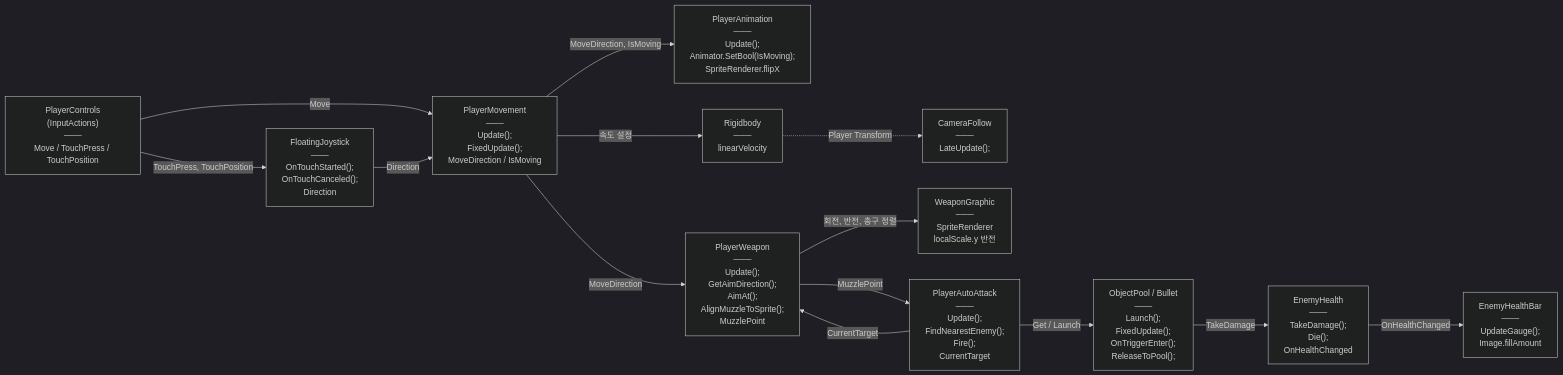
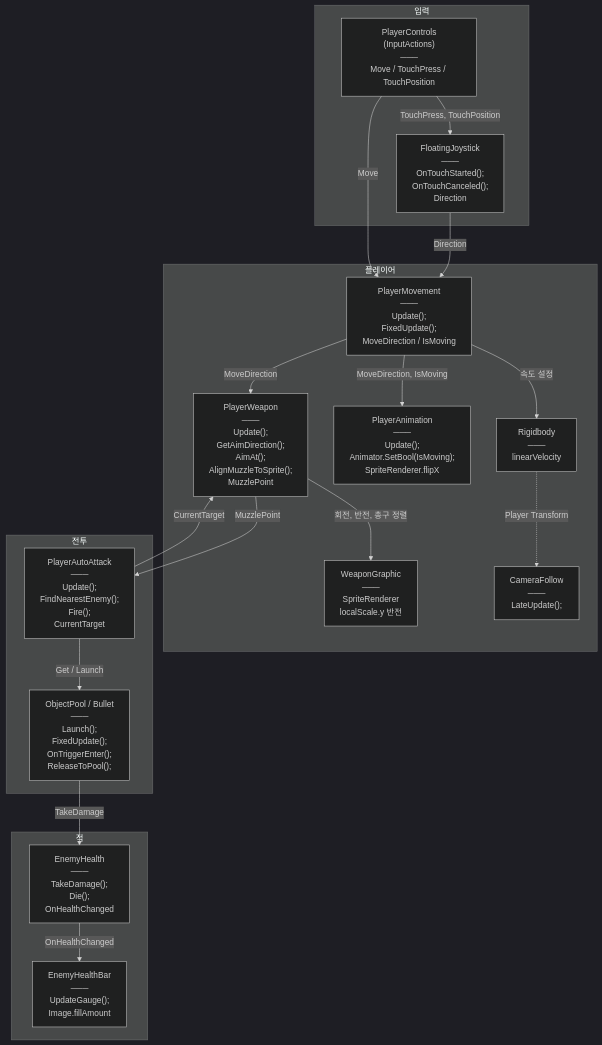
Before and after one commit to jayy5288sk/AICodeProject: the diagram in Docs/ImplementDocs/Diagram.md, drawn with Mermaid (dark theme).

Commit message:
[Chore] 다이어그램 세로화

````diff
--- a/Docs/ImplementDocs/Diagram.md
+++ b/Docs/ImplementDocs/Diagram.md
@@ -4,29 +4,40 @@
 ```mermaid
-flowchart LR
-    Input["PlayerControls<br/>(InputActions)<br/>───<br/>Move / TouchPress / TouchPosition"]
-    Joystick["FloatingJoystick<br/>───<br/>OnTouchStarted();<br/>OnTouchCanceled();<br/>Direction"]
-    Movement["PlayerMovement<br/>───<br/>Update();<br/>FixedUpdate();<br/>MoveDirection / IsMoving"]
-    Animation["PlayerAnimation<br/>───<br/>Update();<br/>Animator.SetBool(IsMoving);<br/>SpriteRenderer.flipX"]
-    Body["Rigidbody<br/>───<br/>linearVelocity"]
-    Camera["CameraFollow<br/>───<br/>LateUpdate();"]
-    Weapon["PlayerWeapon<br/>───<br/>Update();<br/>GetAimDirection();<br/>AimAt();<br/>AlignMuzzleToSprite();<br/>MuzzlePoint"]
-    WeaponGraphic["WeaponGraphic<br/>───<br/>SpriteRenderer<br/>localScale.y 반전"]
-    AutoAttack["PlayerAutoAttack<br/>───<br/>Update();<br/>FindNearestEnemy();<br/>Fire();<br/>CurrentTarget"]
-    Bullet["ObjectPool / Bullet<br/>───<br/>Launch();<br/>FixedUpdate();<br/>OnTriggerEnter();<br/>ReleaseToPool();"]
-    EnemyHealth["EnemyHealth<br/>───<br/>TakeDamage();<br/>Die();<br/>OnHealthChanged"]
-    EnemyHealthBar["EnemyHealthBar<br/>───<br/>UpdateGauge();<br/>Image.fillAmount"]
+flowchart TD
+    subgraph InputGroup["입력"]
+        Input["PlayerControls<br/>(InputActions)<br/>───<br/>Move / TouchPress / TouchPosition"]
+        Joystick["FloatingJoystick<br/>───<br/>OnTouchStarted();<br/>OnTouchCanceled();<br/>Direction"]
+    end
+
+    subgraph PlayerGroup["플레이어"]
+        Movement["PlayerMovement<br/>───<br/>Update();<br/>FixedUpdate();<br/>MoveDirection / IsMoving"]
+        Body["Rigidbody<br/>───<br/>linearVelocity"]
+        Animation["PlayerAnimation<br/>───<br/>Update();<br/>Animator.SetBool(IsMoving);<br/>SpriteRenderer.flipX"]
+        Camera["CameraFollow<br/>───<br/>LateUpdate();"]
+        Weapon["PlayerWeapon<br/>───<br/>Update();<br/>GetAimDirection();<br/>AimAt();<br/>AlignMuzzleToSprite();<br/>MuzzlePoint"]
+        WeaponGraphic["WeaponGraphic<br/>───<br/>SpriteRenderer<br/>localScale.y 반전"]
+    end
+
+    subgraph CombatGroup["전투"]
+        AutoAttack["PlayerAutoAttack<br/>───<br/>Update();<br/>FindNearestEnemy();<br/>Fire();<br/>CurrentTarget"]
+        Bullet["ObjectPool / Bullet<br/>───<br/>Launch();<br/>FixedUpdate();<br/>OnTriggerEnter();<br/>ReleaseToPool();"]
+    end
+
+    subgraph EnemyGroup["적"]
+        EnemyHealth["EnemyHealth<br/>───<br/>TakeDamage();<br/>Die();<br/>OnHealthChanged"]
+        EnemyHealthBar["EnemyHealthBar<br/>───<br/>UpdateGauge();<br/>Image.fillAmount"]
+    end
 
     Input -->|TouchPress, TouchPosition| Joystick
     Input -->|Move| Movement
     Joystick -->|Direction| Movement
     Movement -->|속도 설정| Body
     Movement -->|MoveDirection, IsMoving| Animation
     Body -.->|Player Transform| Camera
     Movement -->|MoveDirection| Weapon
     Weapon -->|회전, 반전, 총구 정렬| WeaponGraphic
     AutoAttack -->|CurrentTarget| Weapon
     Weapon -->|MuzzlePoint| AutoAttack
     AutoAttack -->|Get / Launch| Bullet
     Bullet -->|TakeDamage| EnemyHealth
     EnemyHealth -->|OnHealthChanged| EnemyHealthBar
 ```
````
